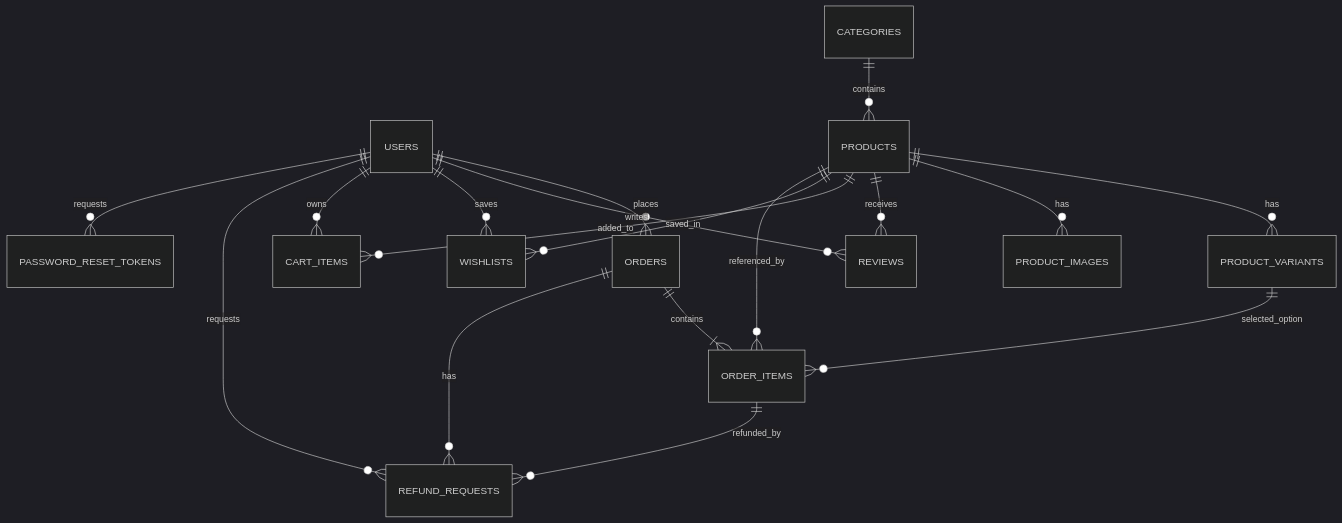
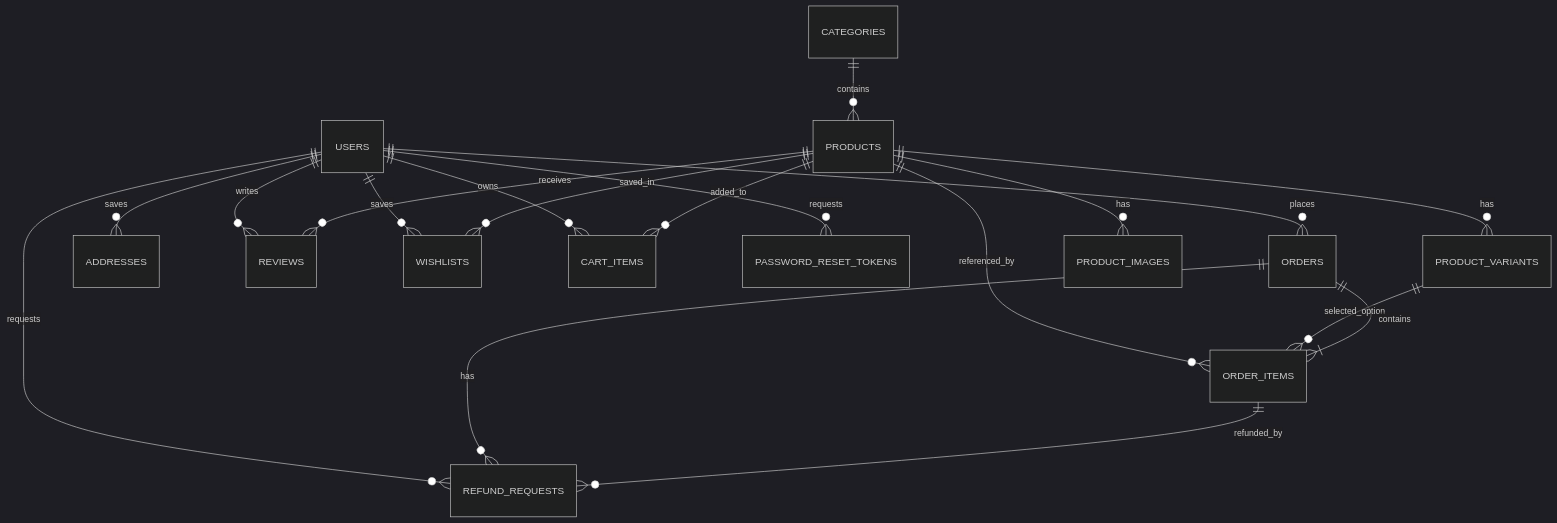
The fourth of 4 diagrams in README.md (miltonbabu/ncwu-stylehub), drawn with Mermaid (dark theme) before and after one commit. The commit also changed other lines of this file and 26 other files, not shown here.

````diff
--- a/README.md
+++ b/README.md
@@ -517,20 +520,21 @@
 ```mermaid
 erDiagram
   USERS ||--o{ ORDERS : places
+  USERS ||--o{ ADDRESSES : saves
   USERS ||--o{ REVIEWS : writes
   USERS ||--o{ WISHLISTS : saves
   USERS ||--o{ CART_ITEMS : owns
   USERS ||--o{ REFUND_REQUESTS : requests
   USERS ||--o{ PASSWORD_RESET_TOKENS : requests
   CATEGORIES ||--o{ PRODUCTS : contains
   PRODUCTS ||--o{ PRODUCT_VARIANTS : has
   PRODUCTS ||--o{ PRODUCT_IMAGES : has
   PRODUCTS ||--o{ REVIEWS : receives
   PRODUCTS ||--o{ CART_ITEMS : added_to
   PRODUCTS ||--o{ WISHLISTS : saved_in
   PRODUCTS ||--o{ ORDER_ITEMS : referenced_by
   PRODUCT_VARIANTS ||--o{ ORDER_ITEMS : selected_option
   ORDERS ||--|{ ORDER_ITEMS : contains
   ORDERS ||--o{ REFUND_REQUESTS : has
   ORDER_ITEMS ||--o{ REFUND_REQUESTS : refunded_by
 ```
````
